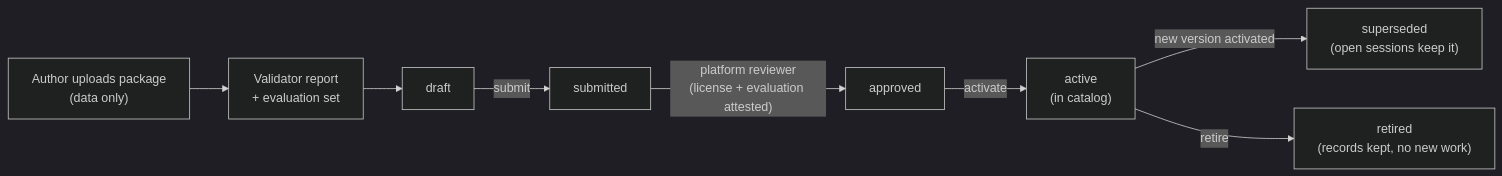
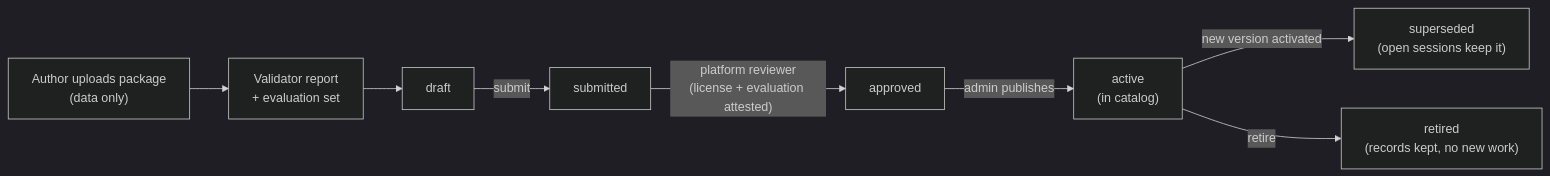
Before and after one commit to JeffRen1977/hs-student-os: the third of 3 diagrams in README.md, drawn with Mermaid (dark theme). The commit also changed other lines of this file and 41 other files, not shown here.

````diff
--- a/README.md
+++ b/README.md
@@ -144,9 +144,9 @@
 ```mermaid
 flowchart LR
     U["Author uploads package<br/>(data only)"] --> V["Validator report<br/>+ evaluation set"] --> D[draft]
     D -->|submit| Sub[submitted]
     Sub -->|"platform reviewer<br/>(license + evaluation attested)"| Ap[approved]
-    Ap -->|activate| Ac["active<br/>(in catalog)"]
+    Ap -->|"admin publishes"| Ac["active<br/>(in catalog)"]
     Ac -->|new version activated| Sup["superseded<br/>(open sessions keep it)"]
     Ac -->|retire| Ret["retired<br/>(records kept, no new work)"]
 ```
````
